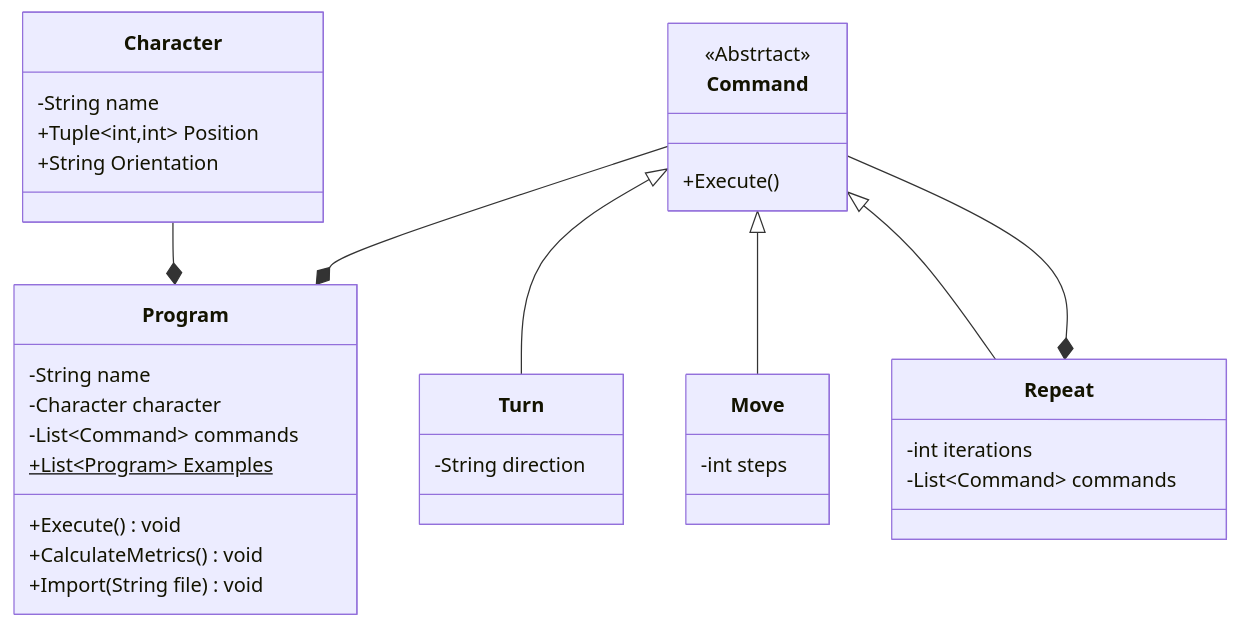
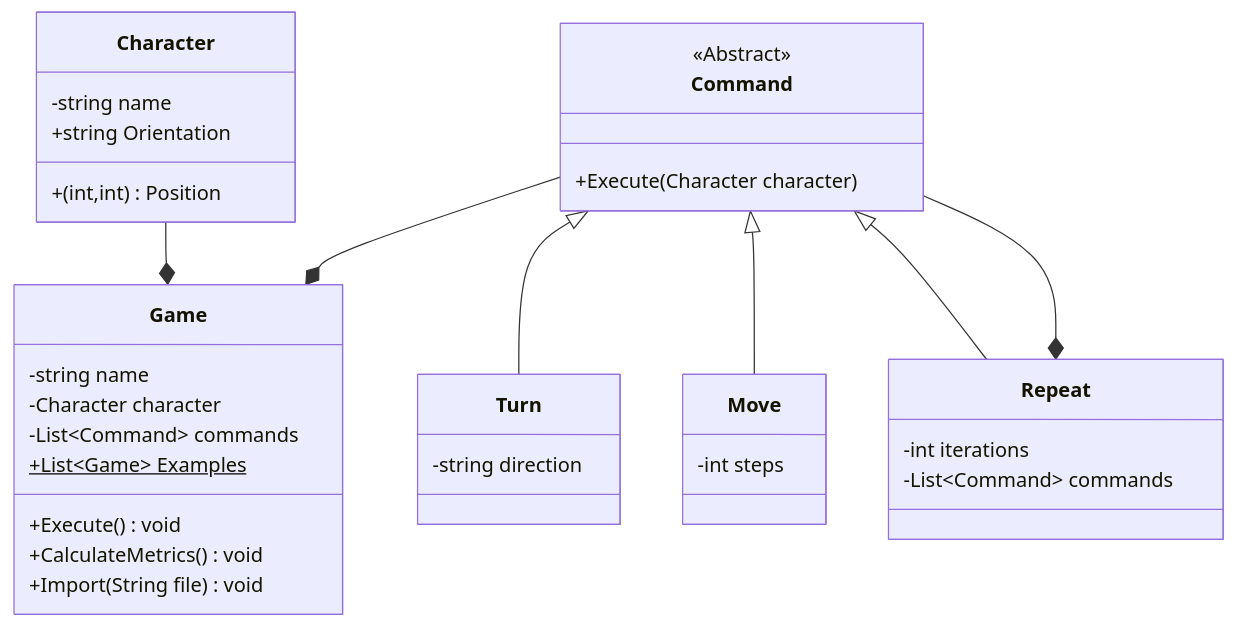
Before and after one commit to xxheyhey/MSO-Project-UU: the diagram in docs/class_diagram.md, drawn with Mermaid. The commit also changed 7 other files, not shown here.

````diff
--- a/docs/class_diagram.md
+++ b/docs/class_diagram.md
@@ -1,38 +1,38 @@
 ```mermaid
 classDiagram
-    Command --* Program
+    Command --* Game
     Command <|-- Turn
     Command <|-- Move
     Command <|-- Repeat
     Command --* Repeat
-    Character --* Program
+    Character --* Game
 
     class Command{
-        <<Abstrtact>>
-        +Execute()
+        <<Abstract>>
+        +Execute(Character character)
     }
     class Turn{
-        -String direction
+        -string direction
     }
     class Move{
         -int steps
     }
     class Repeat{
         -int iterations
         -List~Command~ commands
     }
     class Character{
-        -String name
-        +Tuple~int,int~ Position
-        +String Orientation
+        -string name
+        +(int,int) Position
+        +string Orientation
     }
-    class Program{
-        -String name
+    class Game{
+        -string name
         -Character character
         -List~Command~ commands
-        +List~Program~ Examples$
+        +List~Game~ Examples$
         +Execute() void
         +CalculateMetrics() void
         +Import(String file) void
     }
 ```
````
